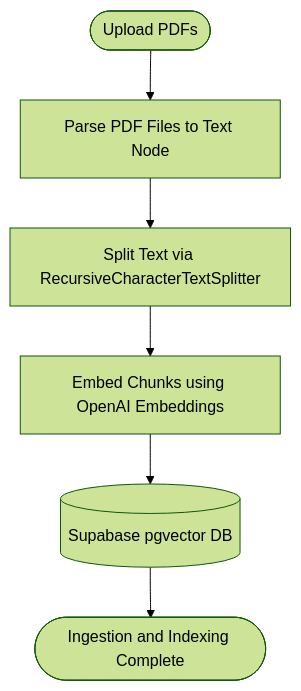
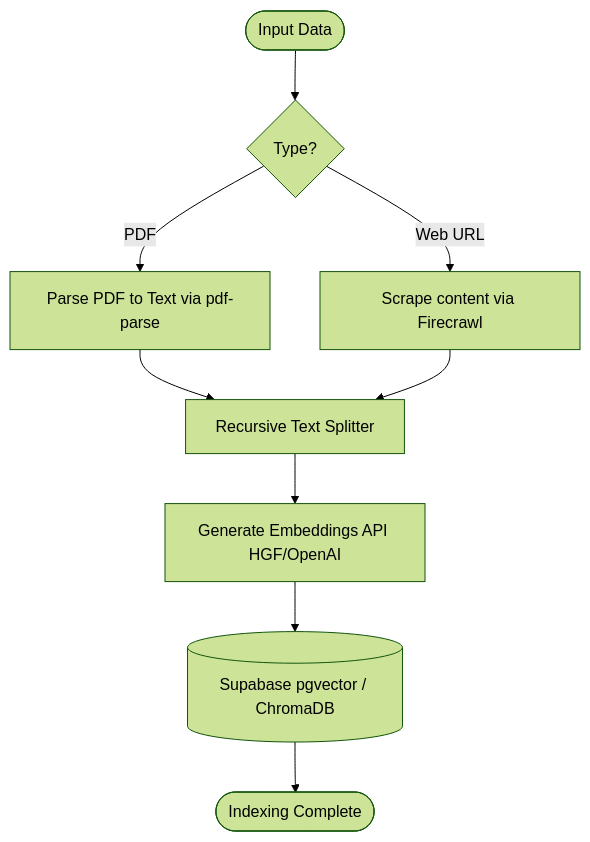
Before and after one commit to Sagarporwa1/ai-pdf: the first of 2 diagrams in README.md, drawn with Mermaid (forest theme). The commit also changed other lines of this file and 18 other files, not shown here.

````diff
--- a/README.md
+++ b/README.md
@@ -48,8 +49,11 @@
 ```mermaid
 graph TD
-    Start([Upload PDFs]) --> Parse[Parse PDF Files to Text Node]
-    Parse --> Chunk[Split Text via RecursiveCharacterTextSplitter]
-    Chunk --> Embed[Embed Chunks using OpenAI Embeddings]
-    Embed --> Supabase[(Supabase pgvector DB)]
-    Supabase --> Finish([Ingestion and Indexing Complete])
+    Start([Input Data]) --> Parse{Type?}
+    Parse -->|PDF| PDFNode[Parse PDF to Text via pdf-parse]
+    Parse -->|Web URL| WebNode[Scrape content via Firecrawl]
+    PDFNode --> Chunk[Recursive Text Splitter]
+    WebNode --> Chunk
+    Chunk --> Embed[Generate Embeddings API HGF/OpenAI]
+    Embed --> Store[(Supabase pgvector / ChromaDB)]
+    Store --> Finish([Indexing Complete])
 ```
````
